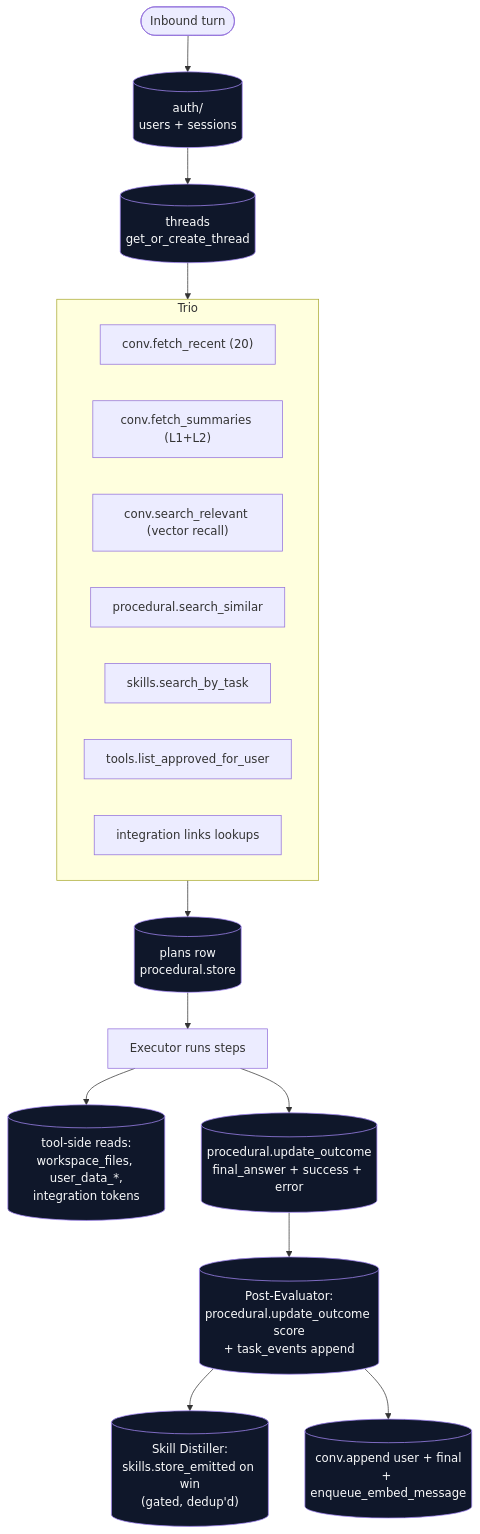
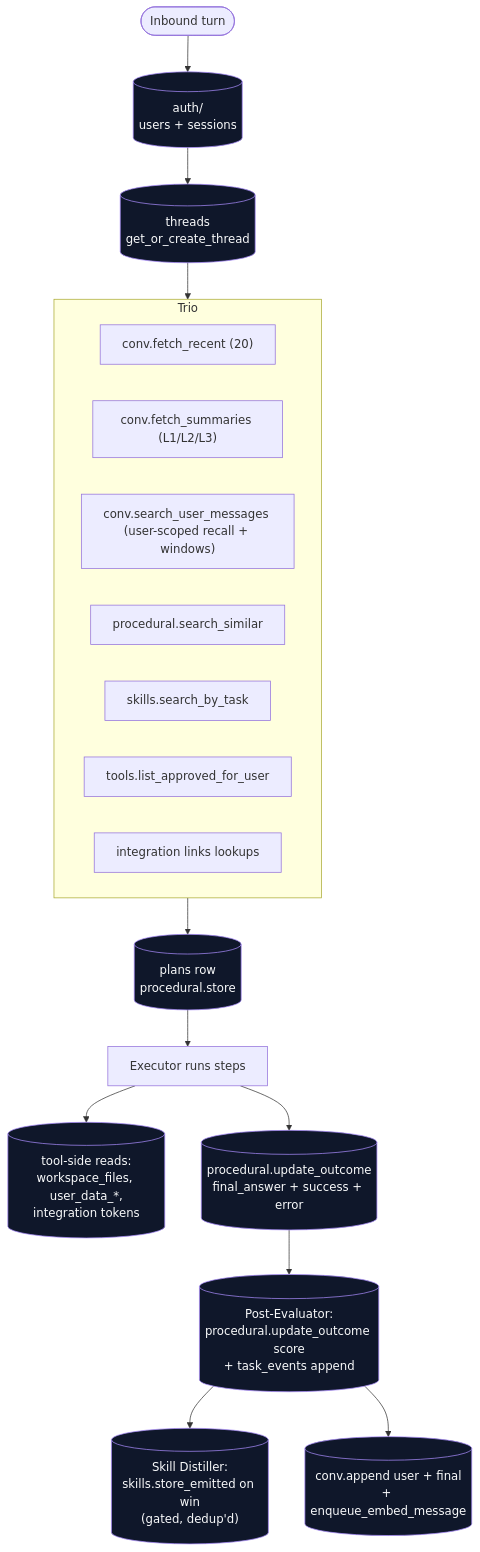
The diagram in src/wolfpaw/memory/README.md (wolfpaw-ai/WolfPaw), drawn with Mermaid before and after one commit. The commit also changed other lines of this file and 31 other files, not shown here.

````diff
--- a/src/wolfpaw/memory/README.md
+++ b/src/wolfpaw/memory/README.md
@@ -19,28 +19,28 @@
 ```mermaid
 flowchart TD
     Turn([Inbound turn])
     Turn --> Auth[("auth/<br/>users + sessions")]
     Auth --> Thread[("threads<br/>get_or_create_thread")]
     Thread --> Trio[Three reads in one acquire from PlannerAgent]
 
     subgraph Trio
         T1["conv.fetch_recent (20)"]
-        T2["conv.fetch_summaries (L1+L2)"]
-        T3["conv.search_relevant (vector recall)"]
+        T2["conv.fetch_summaries (L1/L2/L3)"]
+        T3["conv.search_user_messages (user-scoped recall + windows)"]
         T4["procedural.search_similar"]
         T5["skills.search_by_task"]
         T6["tools.list_approved_for_user"]
         T7["integration links lookups"]
     end
 
     Trio --> PlanRow[("plans row<br/>procedural.store")]
     PlanRow --> Exec[Executor runs steps]
     Exec --> ToolReads[("tool-side reads:<br/>workspace_files, user_data_*,<br/>integration tokens")]
     Exec --> Update[("procedural.update_outcome<br/>final_answer + success + error")]
     Update --> Score[("Post-Evaluator:<br/>procedural.update_outcome score<br/>+ task_events append")]
     Score --> Maybe[("Skill Distiller:<br/>skills.store_emitted on win<br/>(gated, dedup'd)")]
     Score --> Persist[("conv.append user + final<br/>+ enqueue_embed_message")]
 
     classDef pg fill:#0f172a,stroke:#a78bfa,color:#f9fafb;
     class Auth,Thread,PlanRow,ToolReads,Update,Score,Maybe,Persist pg;
 ```
````
